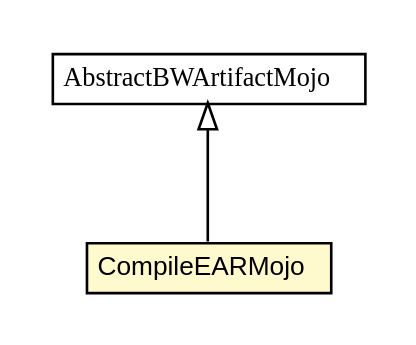
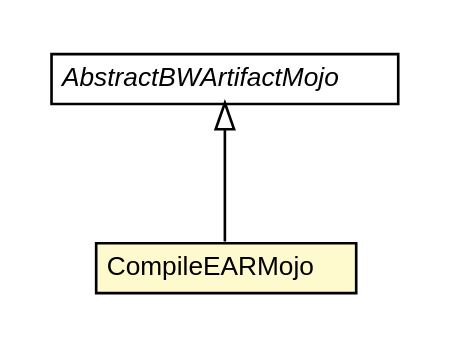
The diagram in snapshot/bw-maven-plugin/apidocs/fr/fastconnect/factory/tibco/bw/maven/compile/CompileEARMojo.dot (fastconnect/tibco-factory), drawn with Graphviz before and after one commit. The commit also changed 380 other files, not shown here.

```diff
--- a/snapshot/bw-maven-plugin/apidocs/fr/fastconnect/factory/tibco/bw/maven/compile/CompileEARMojo.dot
+++ b/snapshot/bw-maven-plugin/apidocs/fr/fastconnect/factory/tibco/bw/maven/compile/CompileEARMojo.dot
@@ -1,26 +1,26 @@
 #!/usr/local/bin/dot
 #
 # Class diagram 
 # Generated by UMLGraph version R5_6-24-gf6e263 (http://www.umlgraph.org/)
 #
 
 digraph G {
-	edge [fontname="arial",fontsize=10,labelfontname="arial",labelfontsize=10];
-	node [fontname="arial",fontsize=10,shape=plaintext];
+	edge [fontname="Helvetica",fontsize=10,labelfontname="Helvetica",labelfontsize=10];
+	node [fontname="Helvetica",fontsize=10,shape=plaintext];
 	nodesep=0.25;
 	ranksep=0.5;
 	// fr.fastconnect.factory.tibco.bw.maven.AbstractBWArtifactMojo
-	c1545 [label=<<table title="fr.fastconnect.factory.tibco.bw.maven.AbstractBWArtifactMojo" border="0" cellborder="1" cellspacing="0" cellpadding="2" port="p" href="../AbstractBWArtifactMojo.html">
+	c1748 [label=<<table title="fr.fastconnect.factory.tibco.bw.maven.AbstractBWArtifactMojo" border="0" cellborder="1" cellspacing="0" cellpadding="2" port="p" href="../AbstractBWArtifactMojo.html">
 		<tr><td><table border="0" cellspacing="0" cellpadding="1">
-<tr><td align="center" balign="center"><font face="arial italic"> AbstractBWArtifactMojo </font></td></tr>
+<tr><td align="center" balign="center"><font face="Helvetica-Oblique"> AbstractBWArtifactMojo </font></td></tr>
 		</table></td></tr>
-		</table>>, URL="../AbstractBWArtifactMojo.html", fontname="arial", fontcolor="black", fontsize=10.0];
+		</table>>, URL="../AbstractBWArtifactMojo.html", fontname="Helvetica", fontcolor="black", fontsize=10.0];
 	// fr.fastconnect.factory.tibco.bw.maven.compile.CompileEARMojo
-	c1561 [label=<<table title="fr.fastconnect.factory.tibco.bw.maven.compile.CompileEARMojo" border="0" cellborder="1" cellspacing="0" cellpadding="2" port="p" bgcolor="lemonChiffon" href="./CompileEARMojo.html">
+	c1773 [label=<<table title="fr.fastconnect.factory.tibco.bw.maven.compile.CompileEARMojo" border="0" cellborder="1" cellspacing="0" cellpadding="2" port="p" bgcolor="lemonChiffon" href="./CompileEARMojo.html">
 		<tr><td><table border="0" cellspacing="0" cellpadding="1">
 <tr><td align="center" balign="center"> CompileEARMojo </td></tr>
 		</table></td></tr>
-		</table>>, URL="./CompileEARMojo.html", fontname="arial", fontcolor="black", fontsize=10.0];
+		</table>>, URL="./CompileEARMojo.html", fontname="Helvetica", fontcolor="black", fontsize=10.0];
 	//fr.fastconnect.factory.tibco.bw.maven.compile.CompileEARMojo extends fr.fastconnect.factory.tibco.bw.maven.AbstractBWArtifactMojo
-	c1545:p -> c1561:p [dir=back,arrowtail=empty];
+	c1748:p -> c1773:p [dir=back,arrowtail=empty];
 }
```
